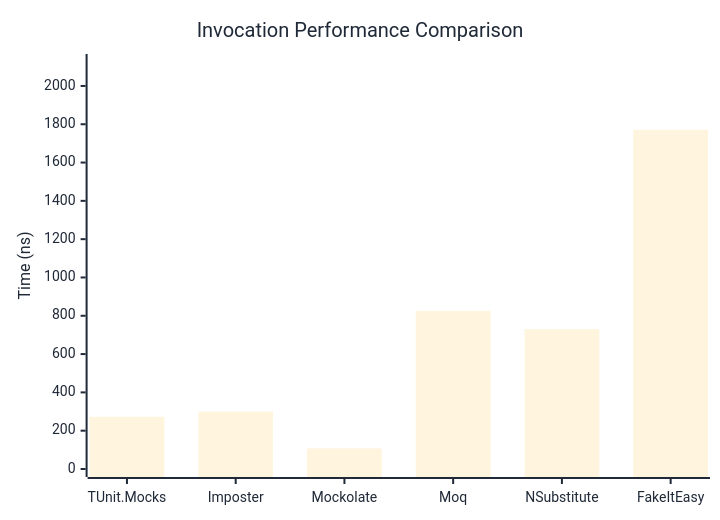
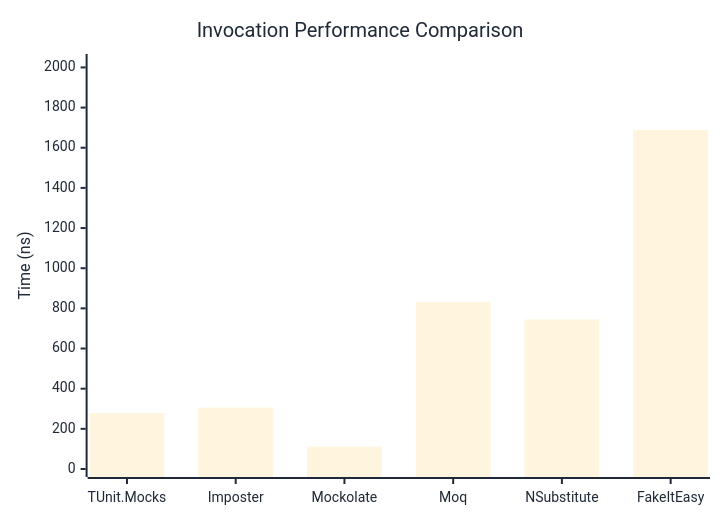
Before and after one commit to thomhurst/TUnit: the first of 3 diagrams in docs/docs/benchmarks/mocks/Invocation.md, drawn with Mermaid. The commit also changed other lines of this file and 14 other files, not shown here.

````diff
--- a/docs/docs/benchmarks/mocks/Invocation.md
+++ b/docs/docs/benchmarks/mocks/Invocation.md
@@ -30,27 +30,27 @@
 ```mermaid
 %%{init: {
   'theme':'base',
   'themeVariables': {
     'primaryColor': '#2563eb',
     'primaryTextColor': '#1f2937',
     'primaryBorderColor': '#1e40af',
     'lineColor': '#6b7280',
     'secondaryColor': '#7c3aed',
     'tertiaryColor': '#dc2626',
     'background': '#ffffff',
     'pie1': '#2563eb',
     'pie2': '#7c3aed',
     'pie3': '#dc2626',
     'pie4': '#f59e0b',
     'pie5': '#10b981',
     'pie6': '#06b6d4',
     'pie7': '#ec4899',
     'pie8': '#6366f1'
   }
 }}%%
 xychart-beta
   title "Invocation Performance Comparison"
   x-axis ["TUnit.Mocks", "Imposter", "Mockolate", "Moq", "NSubstitute", "FakeItEasy"]
-  y-axis "Time (ns)" 0 --> 2125
-  bar [272.78, 300.07, 107.55, 825.75, 729.8, 1770.83]
+  y-axis "Time (ns)" 0 --> 2027
+  bar [278.3, 305.6, 111.9, 831.1, 744.5, 1688.6]
 ```
````
